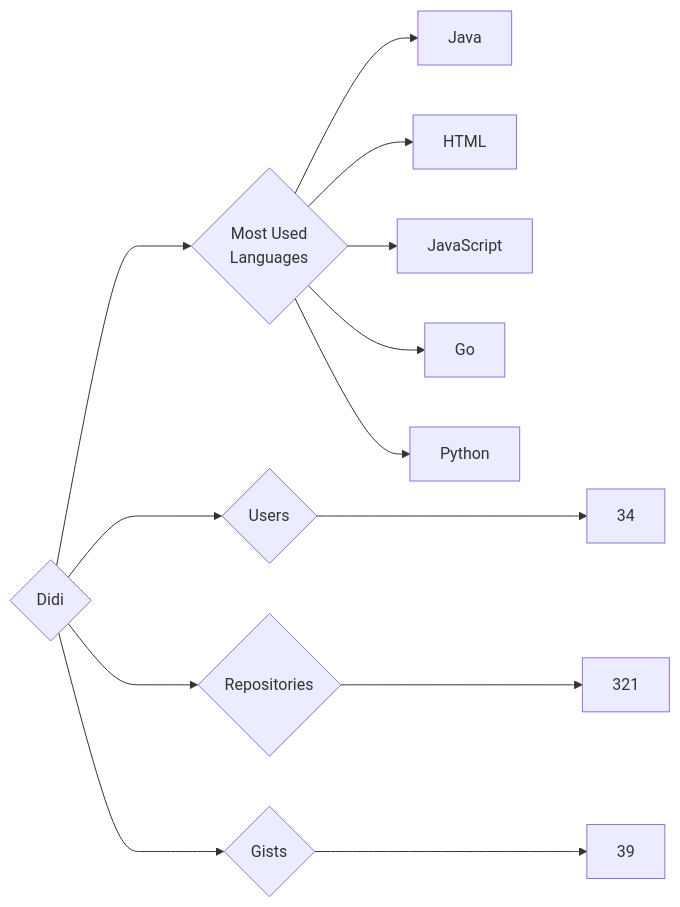
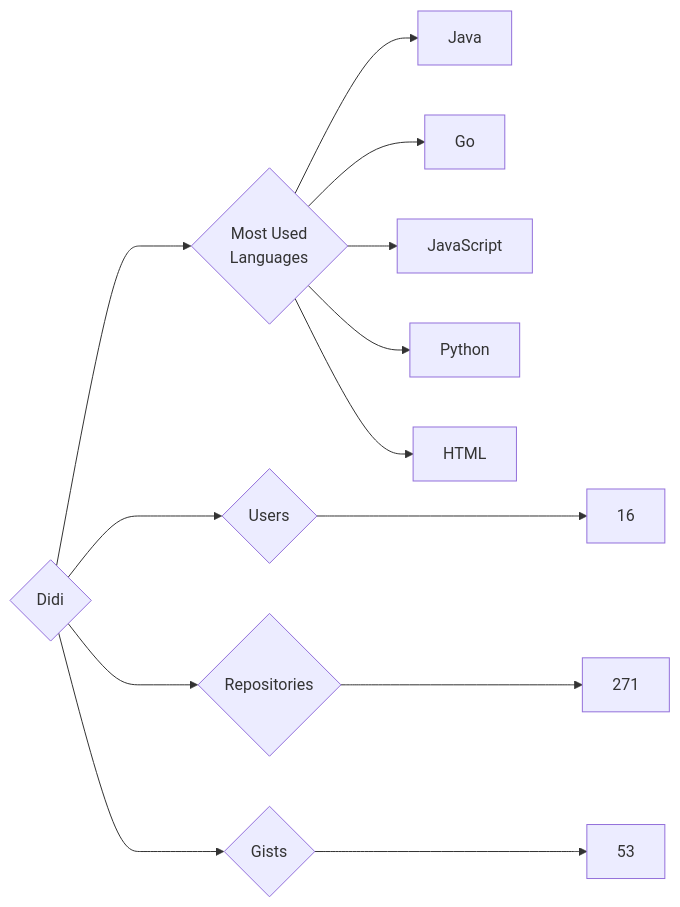
Before and after one commit to trickest/insiders: the diagram in targets/Didi/README.md, drawn with Mermaid. The commit also changed 847 other files, not shown here.

````diff
--- a/targets/Didi/README.md
+++ b/targets/Didi/README.md
@@ -3,13 +3,13 @@
 ```mermaid
 graph LR
 COMPANY_NAME{Didi}
-COMPANY_NAME ---> U{Users} ---> UN[34]
-COMPANY_NAME ---> R{Repositories} ---> RN[321]
-COMPANY_NAME ---> G{Gists} ---> GN[39]
+COMPANY_NAME ---> U{Users} ---> UN[16]
+COMPANY_NAME ---> R{Repositories} ---> RN[271]
+COMPANY_NAME ---> G{Gists} ---> GN[53]
 COMPANY_NAME ---> ML{Most Used<br>Languages}
 ML --> Java[Java]
+ML --> Go[Go]
+ML --> JavaScript[JavaScript]
+ML --> Python[Python]
 ML --> HTML[HTML]
-ML --> JavaScript[JavaScript]
-ML --> Go[Go]
-ML --> Python[Python]
 ```
````
